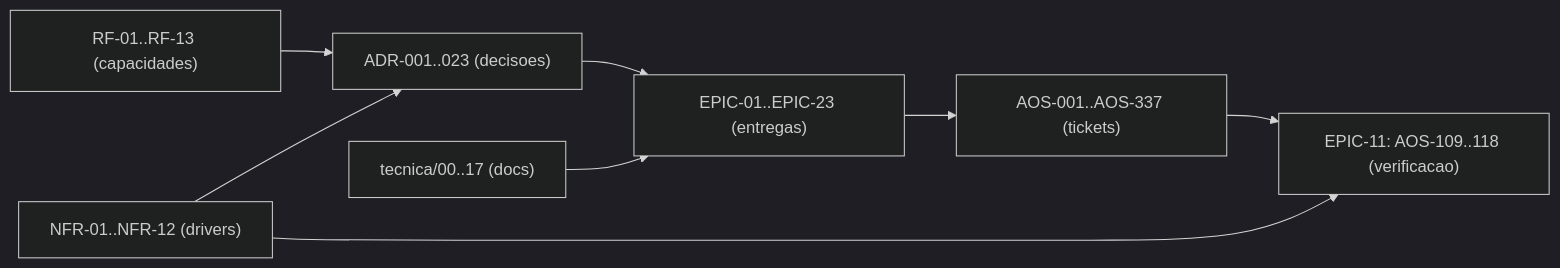
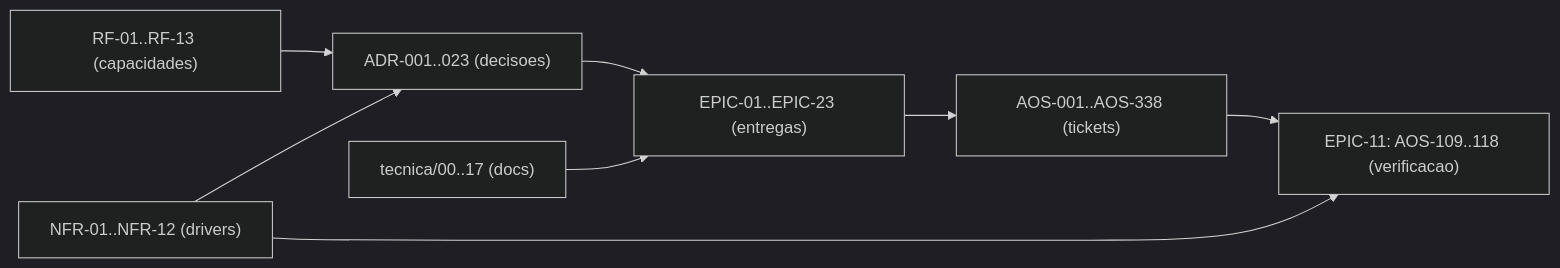
One commit to albinoJimy/aos changed the diagram in tecnica/16_Rastreabilidade_RTM.md. Above: the diagram before and after it, drawn with Mermaid (dark theme). The commit also changed other lines of this file and 3 other files, not shown here.

````diff
--- a/tecnica/16_Rastreabilidade_RTM.md
+++ b/tecnica/16_Rastreabilidade_RTM.md
@@ -180,10 +180,10 @@
 ```mermaid
 flowchart LR
     RF["RF-01..RF-13 (capacidades)"] --> ADR["ADR-001..023 (decisoes)"]
     NFR["NFR-01..NFR-12 (drivers)"] --> ADR
     ADR --> EPIC["EPIC-01..EPIC-23 (entregas)"]
-    EPIC --> TICK["AOS-001..AOS-337 (tickets)"]
+    EPIC --> TICK["AOS-001..AOS-338 (tickets)"]
     DOC["tecnica/00..17 (docs)"] --> EPIC
     TICK --> TEST["EPIC-11: AOS-109..118 (verificacao)"]
     NFR --> TEST
 ```
````
